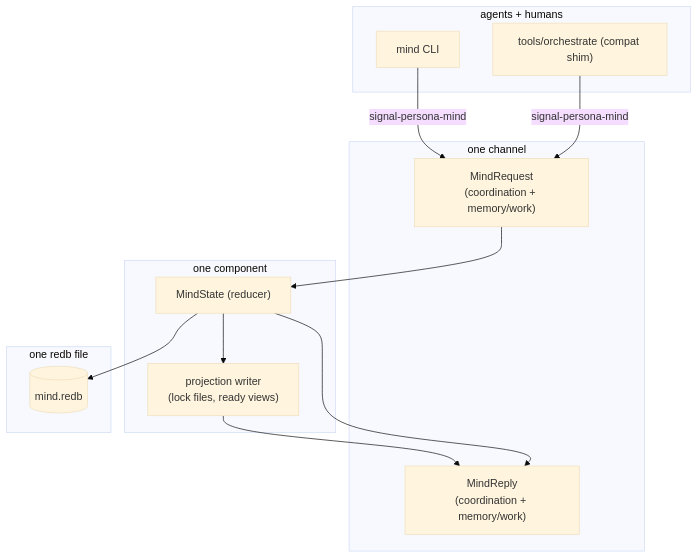
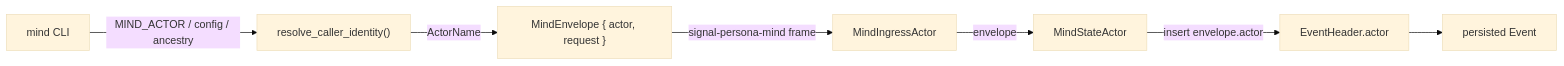
One commit to LiGoldragon/primary changed the diagram in reports/designer/100-persona-mind-architecture-proposal.md. Above: the diagram before and after it, drawn with Mermaid (base theme). The commit also changed other lines of this file, not shown here.

````diff
--- a/reports/designer/100-persona-mind-architecture-proposal.md
+++ b/reports/designer/100-persona-mind-architecture-proposal.md
@@ -123,26 +164,9 @@
 ```mermaid
-flowchart TB
-    subgraph clients["agents + humans"]
-        cli["mind CLI"]
-        shim["tools/orchestrate (compat shim)"]
-    end
-    subgraph contract["one channel"]
-        req["MindRequest<br/>(coordination + memory/work)"]
-        rep["MindReply<br/>(coordination + memory/work)"]
-    end
-    subgraph runtime["one component"]
-        ms["MindState (reducer)"]
-        proj["projection writer<br/>(lock files, ready views)"]
-    end
-    subgraph storage["one redb file"]
-        db[("mind.redb")]
-    end
-
-    cli -->|"signal-persona-mind"| req
-    shim -->|"signal-persona-mind"| req
-    req --> ms
-    ms --> db
-    ms --> proj
-    proj --> rep
-    ms --> rep
+flowchart LR
+    cli["mind CLI"] -->|"MIND_ACTOR / config / ancestry"| resolve["resolve_caller_identity()"]
+    resolve -->|"ActorName"| envelope["MindEnvelope { actor, request }"]
+    envelope -->|"signal-persona-mind frame"| ingress["MindIngressActor"]
+    ingress -->|"envelope"| state["MindStateActor"]
+    state -->|"insert envelope.actor"| header["EventHeader.actor"]
+    header --> event["persisted Event"]
 ```
````
